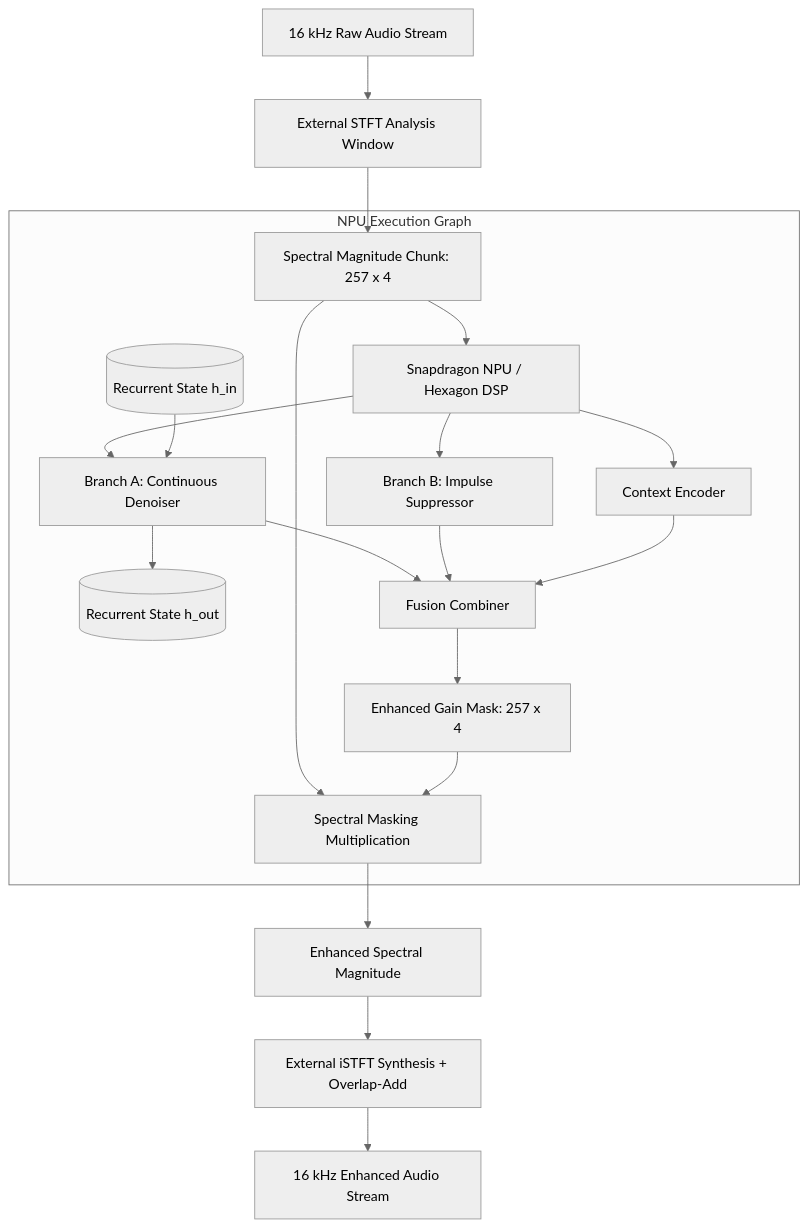
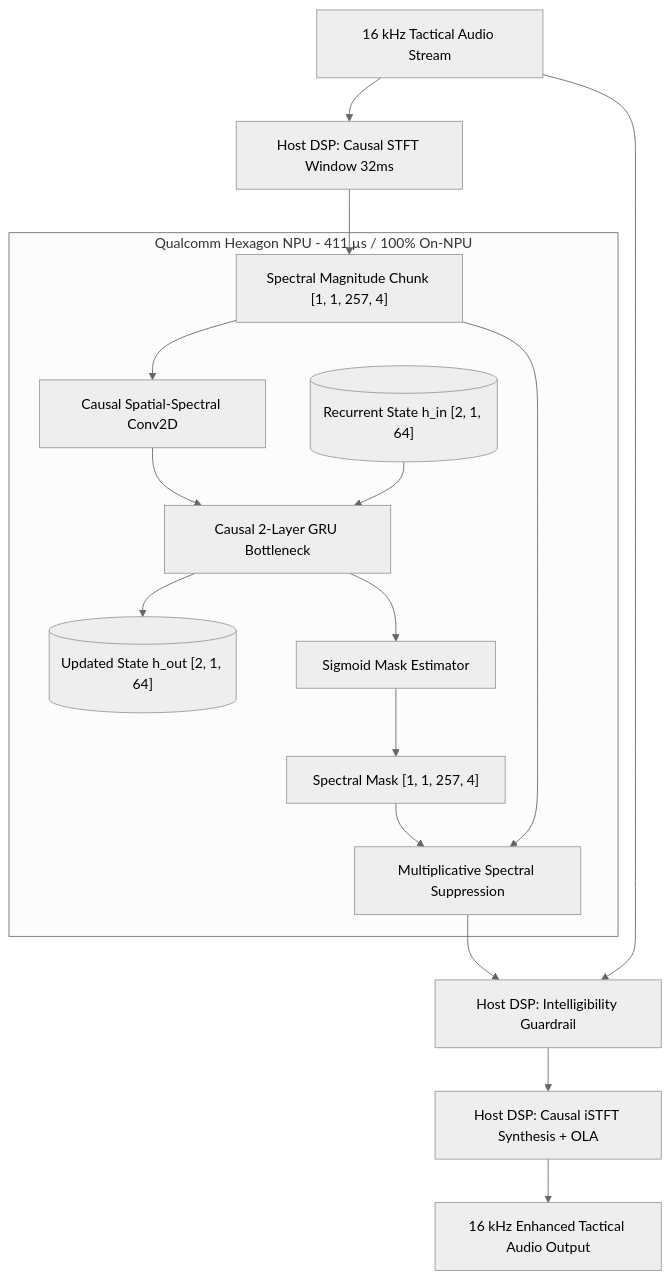
One commit to hoursgotviral-dev/Battlefield-Radio-Intelligibility-Engine changed the diagram in docs/architecture.md. Above: the diagram before and after it, drawn with Mermaid (neutral theme). The commit also changed other lines of this file and 37 other files, not shown here.

Commit message:
feat: complete Phase 8 technical optimizations — guard tuning, Wiener spectral post-filter, INT8 quantization, Gradio interactive demo, Qualcomm AI Hub benchmark verification, and documentation consistency

````diff
--- a/docs/architecture.md
+++ b/docs/architecture.md
@@ -7,26 +7,21 @@
 ```mermaid
 flowchart TD
-    A[16 kHz Raw Audio Stream] --> B[External STFT Analysis Window]
-    B --> C[Spectral Magnitude Chunk: 257 x 4]
-    C --> D[Snapdragon NPU / Hexagon DSP]
+    A[16 kHz Tactical Audio Stream] --> B[Host DSP: Causal STFT Window 32ms]
+    B --> C["Spectral Magnitude Chunk [1, 1, 257, 4]"]
     
-    subgraph NPU Execution Graph
-        D --> E[Branch A: Continuous Denoiser]
-        D --> F[Branch B: Impulse Suppressor]
-        D --> G[Context Encoder]
-        
-        H[(Recurrent State h_in)] --> E
-        E --> I[(Recurrent State h_out)]
-        
-        E --> J[Fusion Combiner]
-        F --> J
-        G --> J
-        J --> K[Enhanced Gain Mask: 257 x 4]
-        C --> L[Spectral Masking Multiplication]
-        K --> L
+    subgraph Snapdragon NPU Execution Graph [Qualcomm Hexagon NPU - 411 µs / 100% On-NPU]
+        C --> D[Causal Spatial-Spectral Conv2D]
+        D --> E[Causal 2-Layer GRU Bottleneck]
+        H_IN[("Recurrent State h_in [2, 1, 64]")] --> E
+        E --> H_OUT[("Updated State h_out [2, 1, 64]")]
+        E --> F[Sigmoid Mask Estimator]
+        F --> G["Spectral Mask [1, 1, 257, 4]"]
+        C --> H[Multiplicative Spectral Suppression]
+        G --> H
     end
     
-    L --> M[Enhanced Spectral Magnitude]
-    M --> N[External iSTFT Synthesis + Overlap-Add]
-    N --> O[16 kHz Enhanced Audio Stream]
+    H --> I[Host DSP: Intelligibility Guardrail]
+    A --> I
+    I --> J[Host DSP: Causal iSTFT Synthesis + OLA]
+    J --> K[16 kHz Enhanced Tactical Audio Output]
 ```
````
